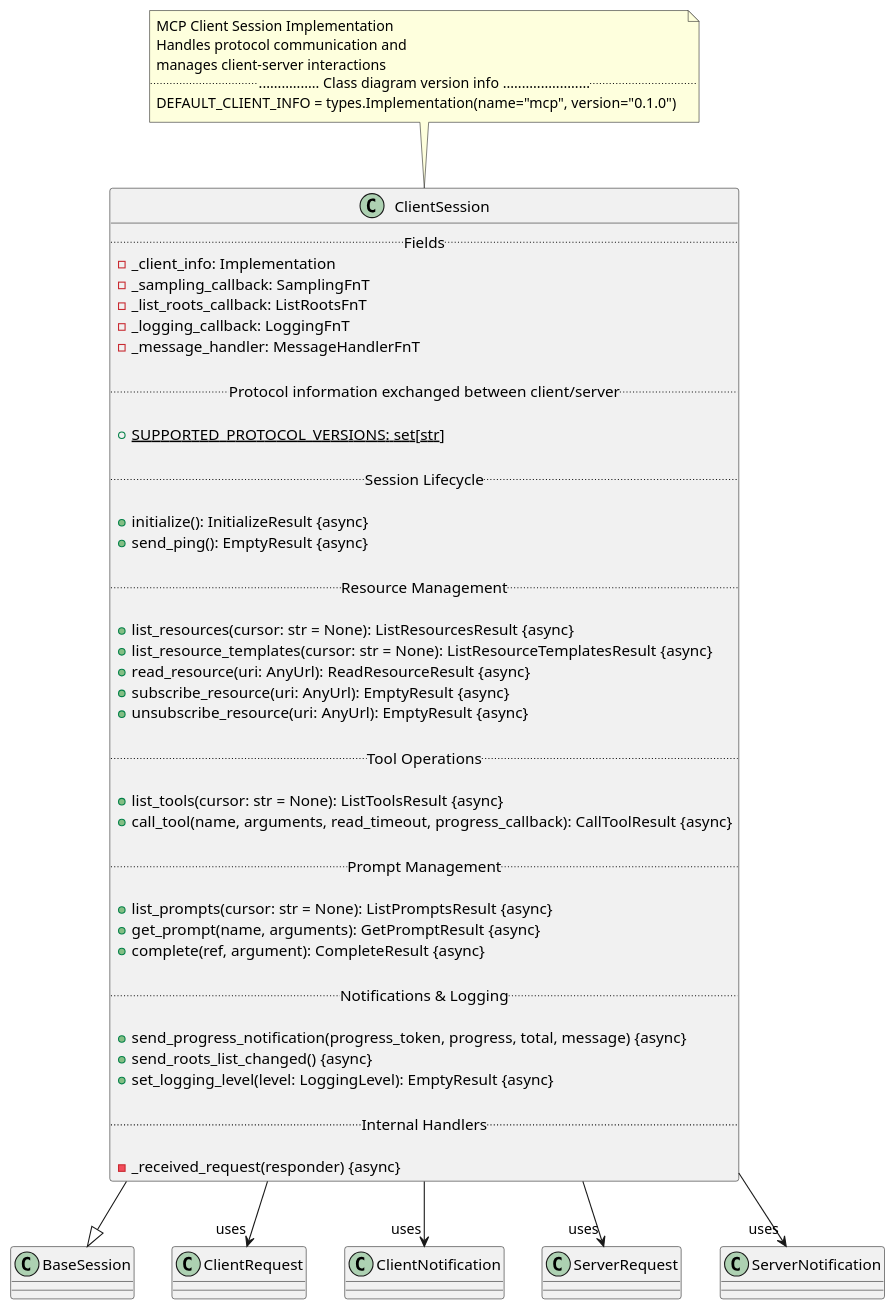
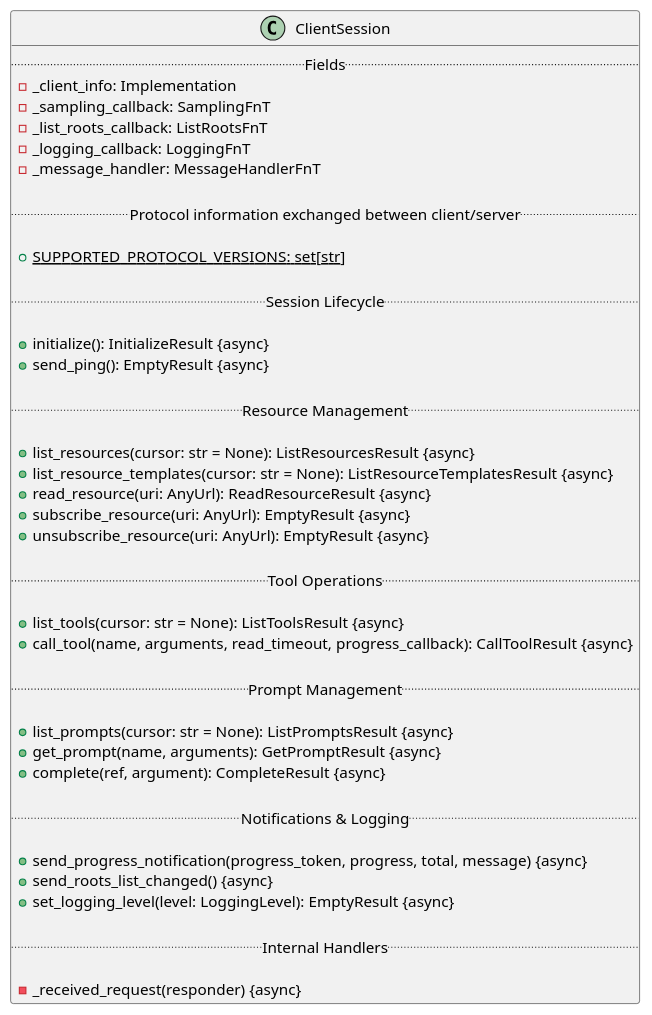
Before and after one commit to acloudfan/gen-ai-app-dev: the diagram in MCP/puml/client-session.puml, drawn with PlantUML. The commit also changed 7 other files, not shown here.

Commit message:
mcp client

```diff
--- a/MCP/puml/client-session.puml
+++ b/MCP/puml/client-session.puml
@@ -1,68 +1,68 @@
 @startuml ClientSession
 
 ' https://github.com/modelcontextprotocol/python-sdk/blob/main/src/mcp/client/session.py
 ' DEFAULT_CLIENT_INFO = types.Implementation(name="mcp", version="0.1.0")
 
 class ClientSession {
   .. Fields ..
   - _client_info: Implementation
   - _sampling_callback: SamplingFnT
   - _list_roots_callback: ListRootsFnT
   - _logging_callback: LoggingFnT
   - _message_handler: MessageHandlerFnT
 
   .. Protocol information exchanged between client/server ..
 
   + {static} SUPPORTED_PROTOCOL_VERSIONS: set[str]
 
   .. Session Lifecycle ..
 
   + initialize(): InitializeResult {async}
   + send_ping(): EmptyResult {async}
 
   .. Resource Management ..
 
   + list_resources(cursor: str = None): ListResourcesResult {async}
   + list_resource_templates(cursor: str = None): ListResourceTemplatesResult {async}
   + read_resource(uri: AnyUrl): ReadResourceResult {async}
   + subscribe_resource(uri: AnyUrl): EmptyResult {async}
   + unsubscribe_resource(uri: AnyUrl): EmptyResult {async}
 
   .. Tool Operations ..
 
   + list_tools(cursor: str = None): ListToolsResult {async}
   + call_tool(name, arguments, read_timeout, progress_callback): CallToolResult {async}
 
   .. Prompt Management ..
 
   + list_prompts(cursor: str = None): ListPromptsResult {async}
   + get_prompt(name, arguments): GetPromptResult {async}
   + complete(ref, argument): CompleteResult {async}
 
   .. Notifications & Logging ..
 
   + send_progress_notification(progress_token, progress, total, message) {async}
   + send_roots_list_changed() {async}
   + set_logging_level(level: LoggingLevel): EmptyResult {async}
 
   .. Internal Handlers ..
 
   - _received_request(responder) {async}
 }
 
 ' -- Inheritance and Relationships --
-ClientSession --|> BaseSession
-ClientSession --> "uses" ClientRequest
-ClientSession --> "uses" ClientNotification
-ClientSession --> "uses" ServerRequest
-ClientSession --> "uses" ServerNotification
+' ClientSession --|> BaseSession
+' ClientSession --> "uses" ClientRequest
+' ClientSession --> "uses" ClientNotification
+' ClientSession --> "uses" ServerRequest
+' ClientSession --> "uses" ServerNotification
 
-note top of ClientSession
-  MCP Client Session Implementation
-  Handles protocol communication and
-  manages client-server interactions
-  .................. Class diagram version info .........................
-  DEFAULT_CLIENT_INFO = types.Implementation(name="mcp", version="0.1.0")
-end note
+' note top of ClientSession
+'   MCP Client Session Implementation
+'   Handles protocol communication and
+'   manages client-server interactions
+'   .................. Class diagram version info .........................
+'   DEFAULT_CLIENT_INFO = types.Implementation(name="mcp", version="0.1.0")
+' end note
 
 @enduml
```
